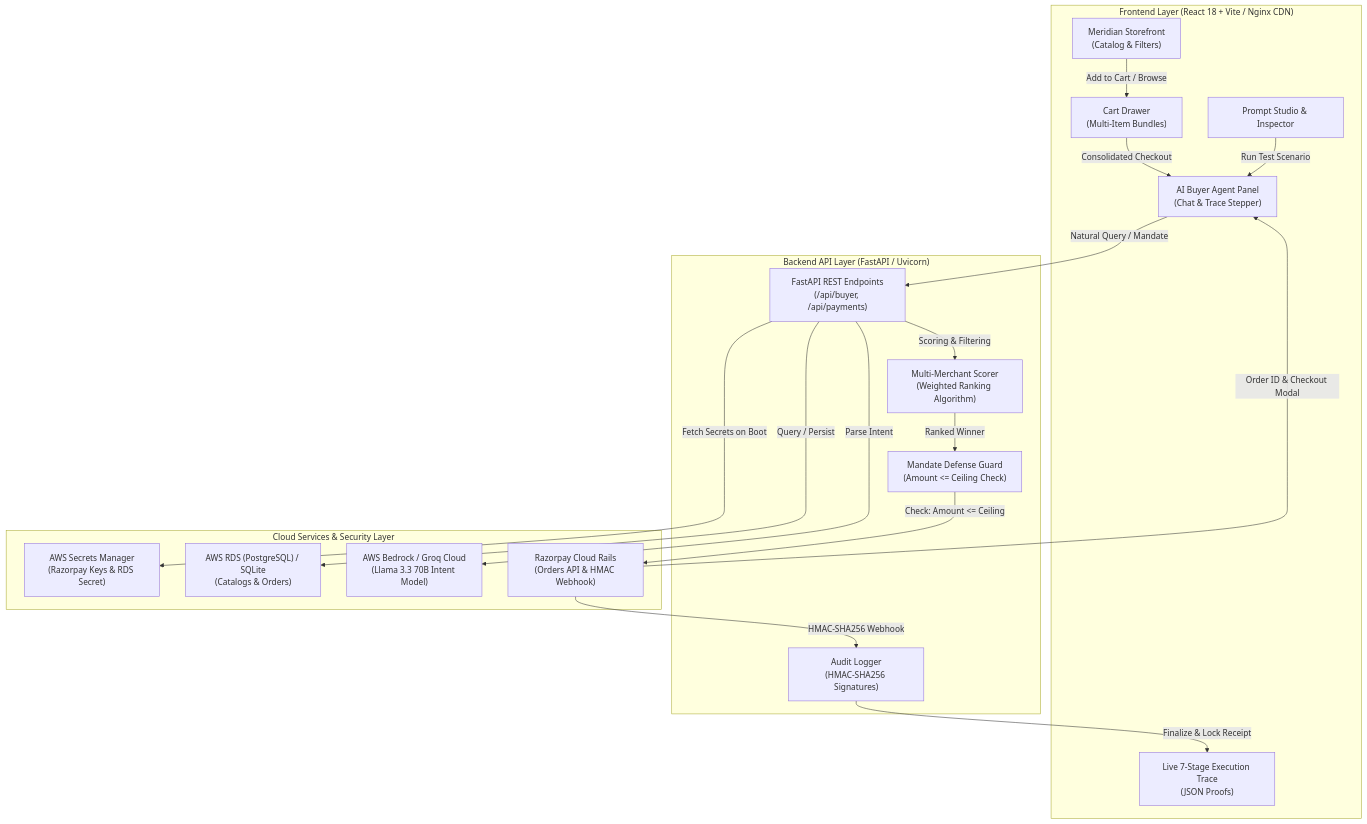
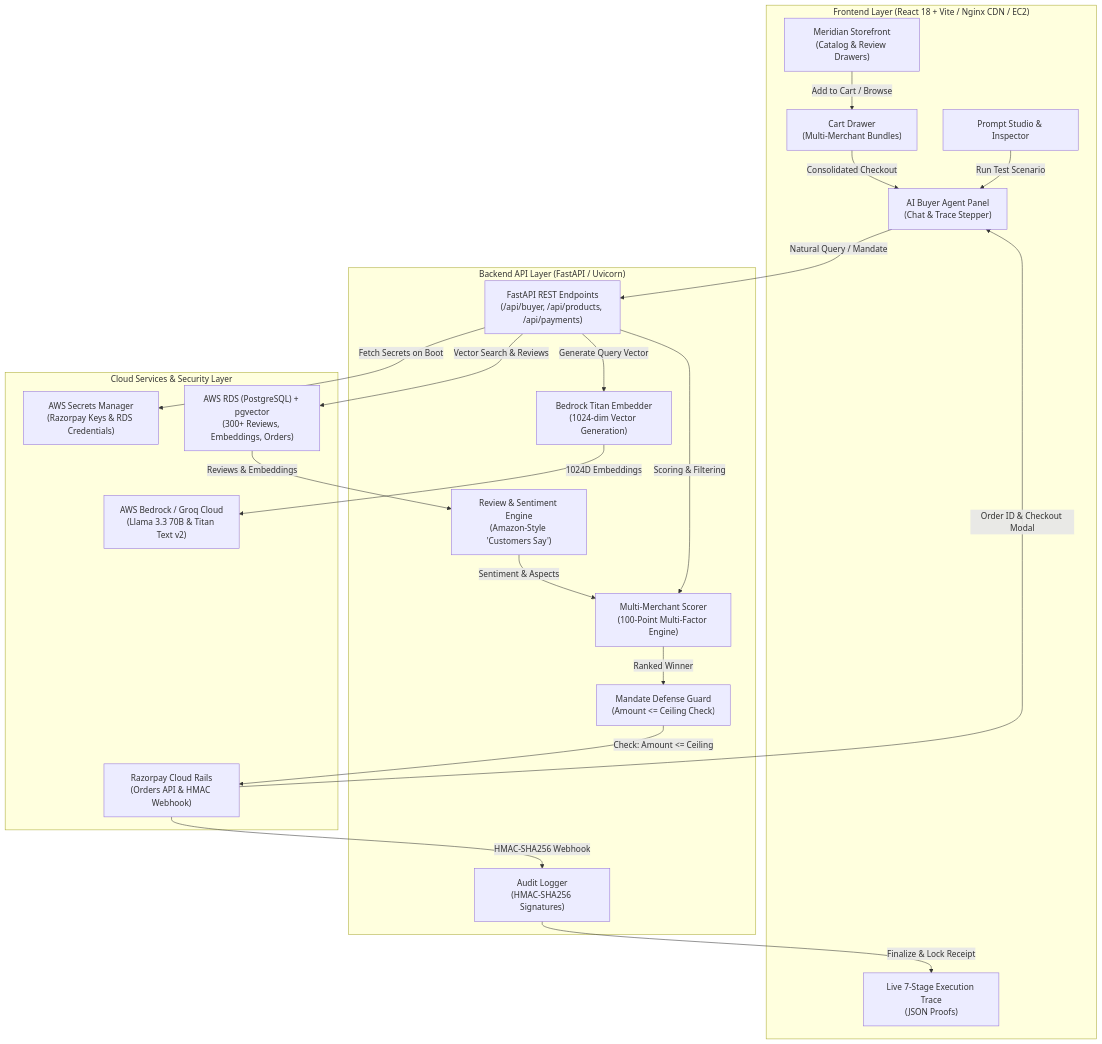
One commit to aswath-siddharth/AI_Buyer_Agent changed the diagram in README.md. Above: the diagram before and after it, drawn with Mermaid. The commit also changed other lines of this file, not shown here.

````diff
--- a/README.md
+++ b/README.md
@@ -97,38 +125,43 @@
 ```mermaid
 flowchart TB
-    subgraph Client["Frontend Layer (React 18 + Vite / Nginx CDN)"]
-        SF["Meridian Storefront\n(Catalog & Filters)"]
-        Cart["Cart Drawer\n(Multi-Item Bundles)"]
+    subgraph Client["Frontend Layer (React 18 + Vite / Nginx CDN / EC2)"]
+        SF["Meridian Storefront\n(Catalog & Review Drawers)"]
+        Cart["Cart Drawer\n(Multi-Merchant Bundles)"]
         AgentUI["AI Buyer Agent Panel\n(Chat & Trace Stepper)"]
         Studio["Prompt Studio & Inspector"]
         Trace["Live 7-Stage Execution Trace\n(JSON Proofs)"]
     end
 
     subgraph Backend["Backend API Layer (FastAPI / Uvicorn)"]
-        Router["FastAPI REST Endpoints\n(/api/buyer, /api/payments)"]
+        Router["FastAPI REST Endpoints\n(/api/buyer, /api/products, /api/payments)"]
+        Embedder["Bedrock Titan Embedder\n(1024-dim Vector Generation)"]
+        ReviewAnalyzer["Review & Sentiment Engine\n(Amazon-Style 'Customers Say')"]
         MandateEngine["Mandate Defense Guard\n(Amount <= Ceiling Check)"]
-        Discovery["Multi-Merchant Scorer\n(Weighted Ranking Algorithm)"]
+        Discovery["Multi-Merchant Scorer\n(100-Point Multi-Factor Engine)"]
         AuditEngine["Audit Logger\n(HMAC-SHA256 Signatures)"]
     end
 
     subgraph CloudInfra["Cloud Services & Security Layer"]
-        AWS_SM["AWS Secrets Manager\n(Razorpay Keys & RDS Secret)"]
-        AWS_RDS["AWS RDS (PostgreSQL) / SQLite\n(Catalogs & Orders)"]
-        AWS_Bedrock["AWS Bedrock / Groq Cloud\n(Llama 3.3 70B Intent Model)"]
+        AWS_SM["AWS Secrets Manager\n(Razorpay Keys & RDS Credentials)"]
+        AWS_RDS["AWS RDS (PostgreSQL) + pgvector\n(300+ Reviews, Embeddings, Orders)"]
+        AWS_Bedrock["AWS Bedrock / Groq Cloud\n(Llama 3.3 70B & Titan Text v2)"]
         RZP_Rails["Razorpay Cloud Rails\n(Orders API & HMAC Webhook)"]
     end
 
     SF -->|Add to Cart / Browse| Cart
     Cart -->|Consolidated Checkout| AgentUI
     Studio -->|Run Test Scenario| AgentUI
     AgentUI -->|Natural Query / Mandate| Router
     Router -->|Fetch Secrets on Boot| AWS_SM
-    Router -->|Query / Persist| AWS_RDS
-    Router -->|Parse Intent| AWS_Bedrock
+    Router -->|Generate Query Vector| Embedder
+    Embedder -->|1024D Embeddings| AWS_Bedrock
+    Router -->|Vector Search & Reviews| AWS_RDS
+    AWS_RDS -->|Reviews & Embeddings| ReviewAnalyzer
+    ReviewAnalyzer -->|Sentiment & Aspects| Discovery
     Router -->|Scoring & Filtering| Discovery
     Discovery -->|Ranked Winner| MandateEngine
     MandateEngine -->|Check: Amount <= Ceiling| RZP_Rails
     RZP_Rails -->|Order ID & Checkout Modal| AgentUI
     RZP_Rails -->|HMAC-SHA256 Webhook| AuditEngine
     AuditEngine -->|Finalize & Lock Receipt| Trace
 ```
````
